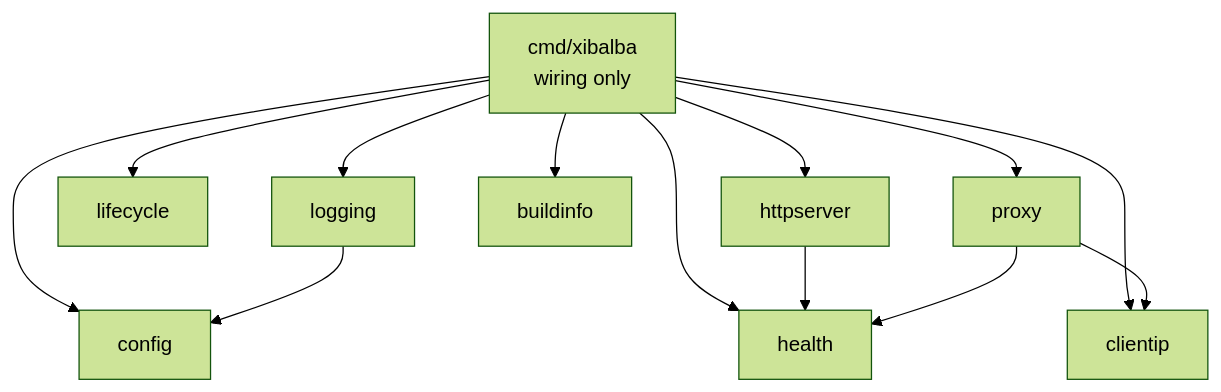
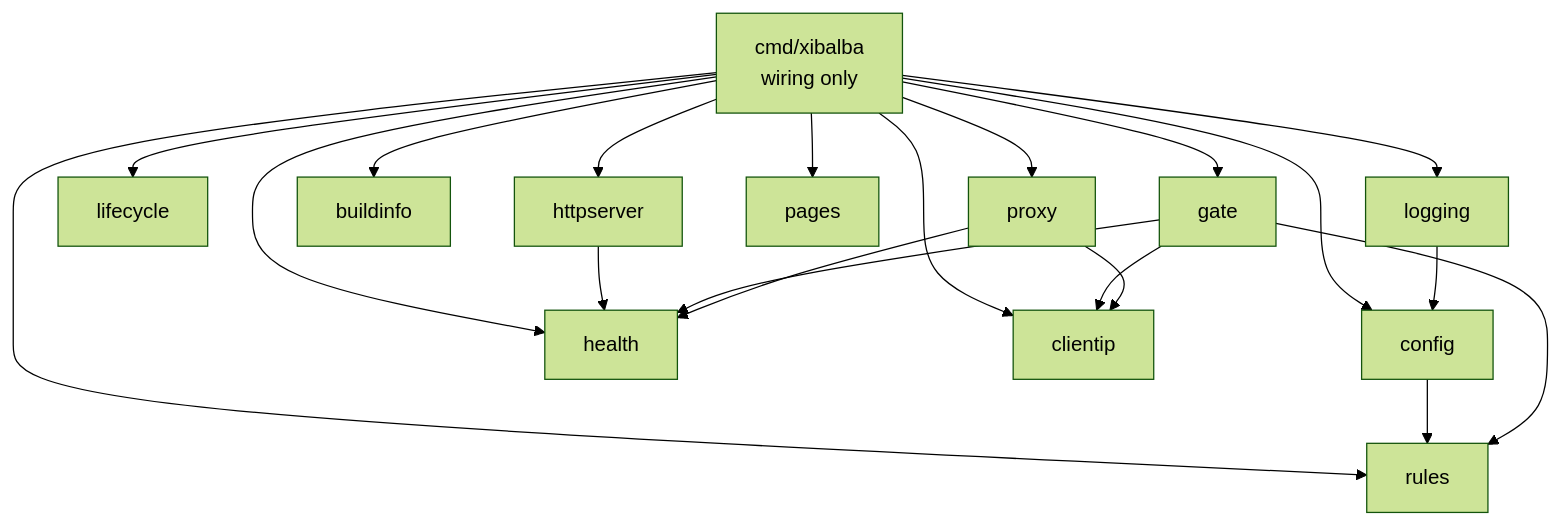
The first of 2 diagrams in docs/ARCHITECTURE.md (MaMoja/xibalba), drawn with Mermaid (forest theme) before and after one commit. The commit also changed other lines of this file and 33 other files, not shown here.

````diff
--- a/docs/ARCHITECTURE.md
+++ b/docs/ARCHITECTURE.md
@@ -26,15 +26,22 @@
 ```mermaid
 flowchart TD
     main[cmd/xibalba<br>wiring only] --> config
     main --> logging
     main --> lifecycle
     main --> health
     main --> httpserver
     main --> buildinfo
     main --> clientip
+    main --> rules
+    main --> gate
+    main --> pages
     main --> proxy
     logging --> config
+    config --> rules
     httpserver --> health
+    gate --> rules
+    gate --> clientip
+    gate --> health
     proxy --> health
     proxy --> clientip
 ```
````
